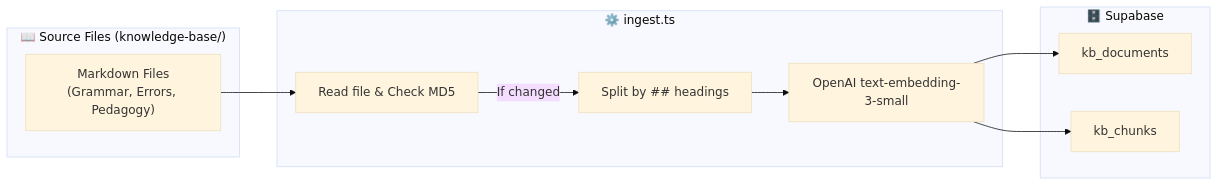
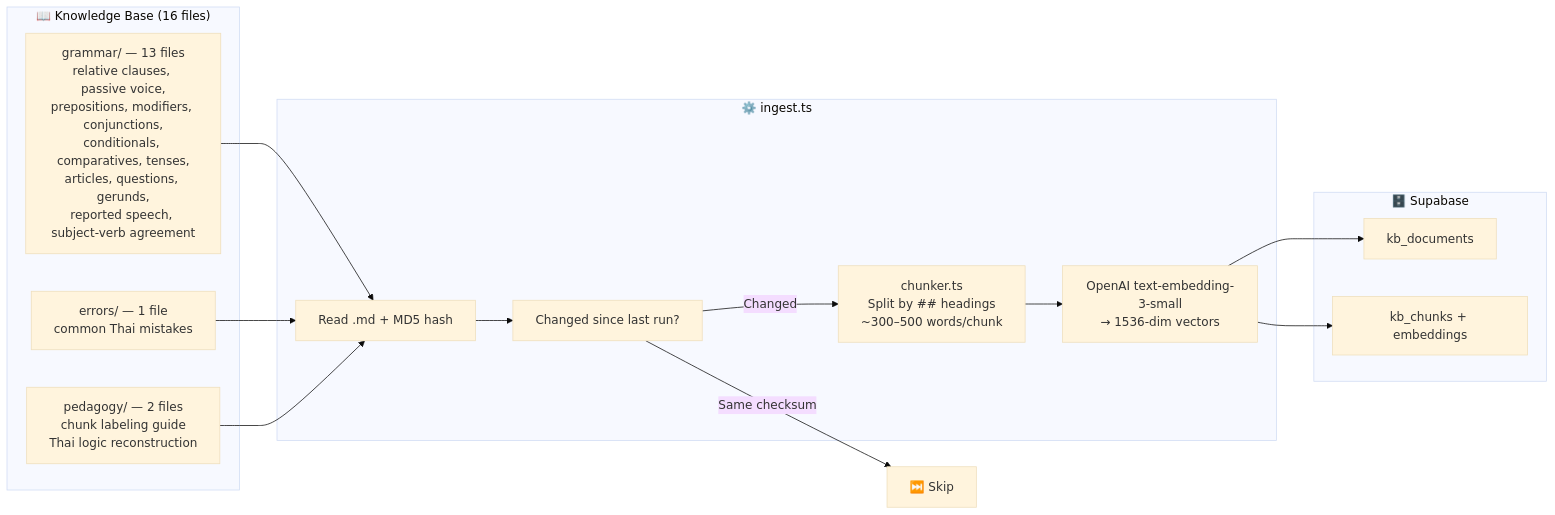
Before and after one commit to IckeNount/caffeine: the seventh of 9 diagrams in docs/system_design.md, drawn with Mermaid (base theme). The commit also changed other lines of this file and 48 other files, not shown here.

Commit message:
feat: Add authentication, admin dashboard, and scalable architecture

````diff
--- a/docs/system_design.md
+++ b/docs/system_design.md
@@ -163,22 +401,25 @@
 ```mermaid
 flowchart LR
-    subgraph "📖 Source Files (knowledge-base/)"
-        MD["Markdown Files<br/>(Grammar, Errors, Pedagogy)"]
+    subgraph "📖 Knowledge Base (16 files)"
+        G["grammar/ — 13 files<br/>relative clauses, passive voice,<br/>prepositions, modifiers, conjunctions,<br/>conditionals, comparatives, tenses,<br/>articles, questions, gerunds,<br/>reported speech, subject-verb agreement"]
+        E["errors/ — 1 file<br/>common Thai mistakes"]
+        P["pedagogy/ — 2 files<br/>chunk labeling guide<br/>Thai logic reconstruction"]
     end
 
     subgraph "⚙️ ingest.ts"
-        READ["Read file & Check MD5"]
-        CHUNK["Split by ## headings"]
-        EMBED["OpenAI text-embedding-3-small"]
+        READ["Read .md + MD5 hash"]
+        CHK["Changed since last run?"]
+        CHUNK["chunker.ts<br/>Split by ## headings<br/>~300–500 words/chunk"]
+        EMBED["OpenAI text-embedding-3-small<br/>→ 1536-dim vectors"]
     end
 
     subgraph "🗄️ Supabase"
         DOC["kb_documents"]
-        CHK["kb_chunks"]
+        CHUNKS["kb_chunks + embeddings"]
     end
 
-    MD --> READ
-    READ -->|"If changed"| CHUNK
-    CHUNK --> EMBED
-    EMBED --> DOC & CHK
+    G & E & P --> READ
+    READ --> CHK
+    CHK -->|"Changed"| CHUNK --> EMBED --> DOC & CHUNKS
+    CHK -->|"Same checksum"| SKIP["⏭️ Skip"]
 ```
````
